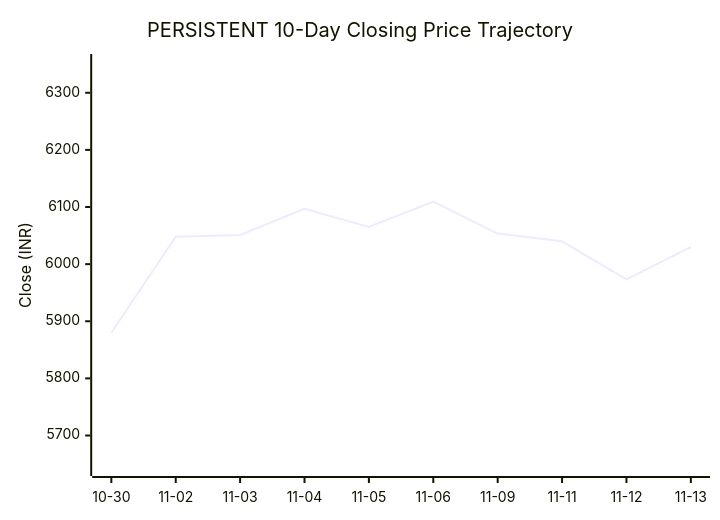
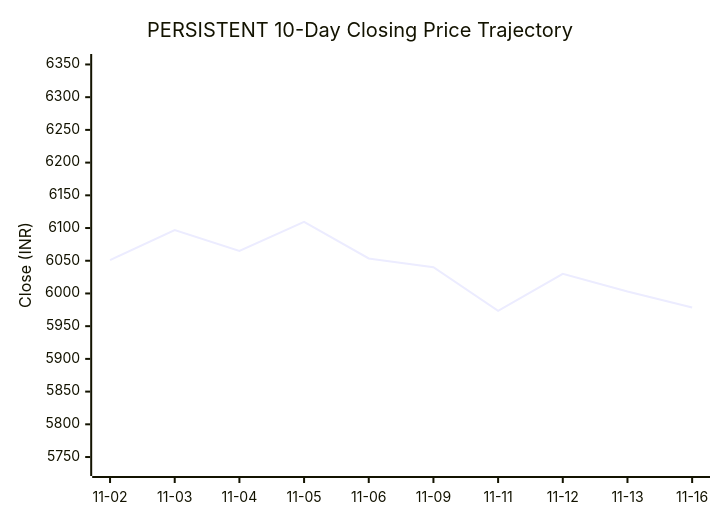
One commit to purnareddy9/dev changed the second of 3 diagrams in market-intelligence/stocks/PERSISTENT/latest.md. Above: the diagram before and after it, drawn with Mermaid. The commit also changed other lines of this file and 4 other files, not shown here.

````diff
--- a/market-intelligence/stocks/PERSISTENT/latest.md
+++ b/market-intelligence/stocks/PERSISTENT/latest.md
@@ -95,7 +95,7 @@
 ```mermaid
 xychart-beta
     title "PERSISTENT 10-Day Closing Price Trajectory"
-    x-axis ["10-30", "11-02", "11-03", "11-04", "11-05", "11-06", "11-09", "11-11", "11-12", "11-13"]
-    y-axis "Close (INR)" 5644 --> 6353
-    line [5880.0, 6048.0, 6051.0, 6097.0, 6065.0, 6109.5, 6053.5, 6040.0, 5973.5, 6030.0]
+    x-axis ["11-02", "11-03", "11-04", "11-05", "11-06", "11-09", "11-11", "11-12", "11-13", "11-16"]
+    y-axis "Close (INR)" 5734 --> 6353
+    line [6051.0, 6097.0, 6065.0, 6109.5, 6053.5, 6040.0, 5973.5, 6030.0, 6003.0, 5978.5]
 ```
````
